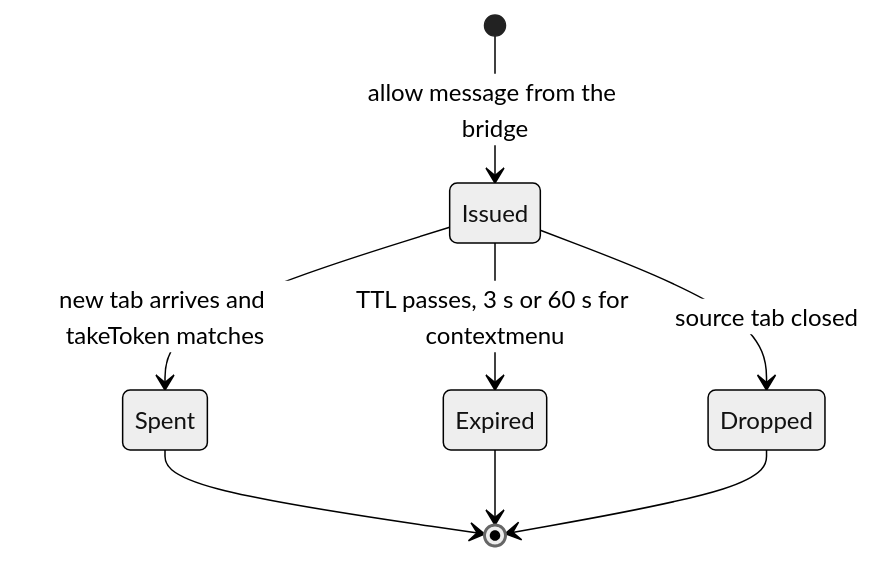
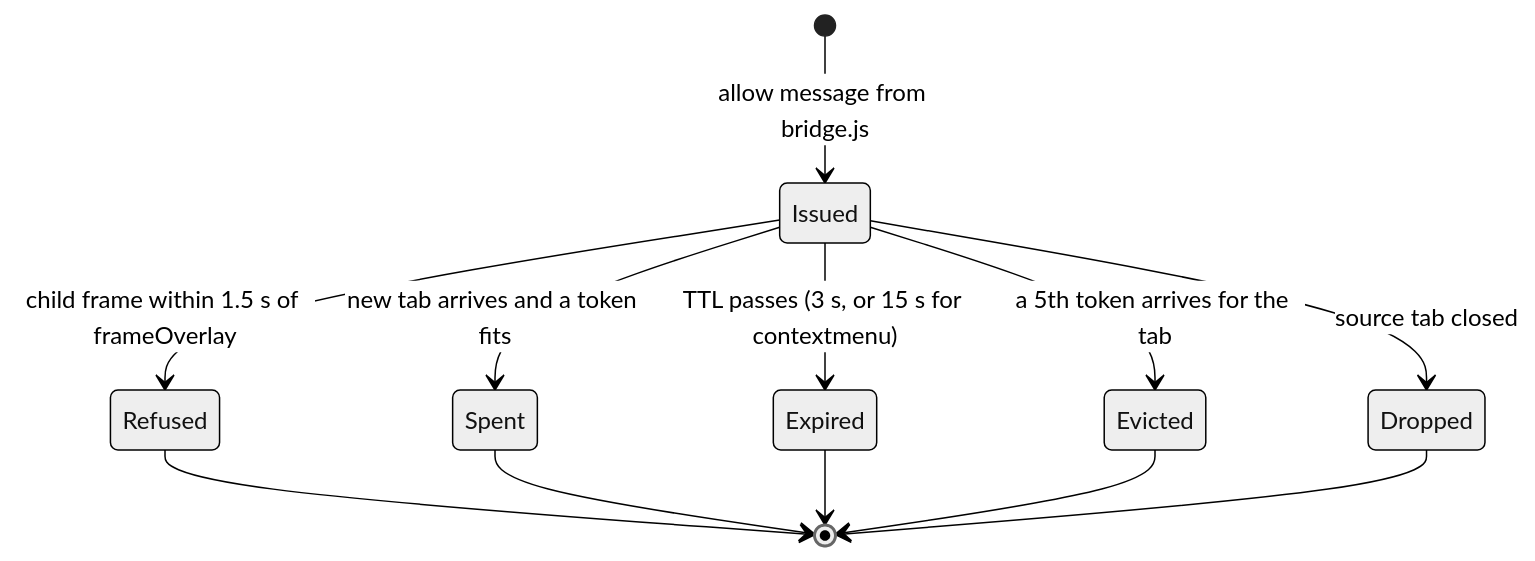
The fourth of 4 diagrams in docs/ARCHITECTURE.md (madironman/popshield), drawn with Mermaid (neutral theme) before and after one commit. The commit also changed other lines of this file and 13 other files, not shown here.

````diff
--- a/docs/ARCHITECTURE.md
+++ b/docs/ARCHITECTURE.md
@@ -171,10 +326,14 @@
 ```mermaid
 stateDiagram-v2
-    [*] --> Issued: allow message from the bridge
-    Issued --> Spent: new tab arrives and takeToken matches
-    Issued --> Expired: TTL passes, 3 s or 60 s for contextmenu
+    [*] --> Issued: allow message from bridge.js
+    Issued --> Refused: child frame within 1.5 s of frameOverlay
+    Issued --> Spent: new tab arrives and a token fits
+    Issued --> Expired: TTL passes (3 s, or 15 s for contextmenu)
+    Issued --> Evicted: a 5th token arrives for the tab
     Issued --> Dropped: source tab closed
+    Refused --> [*]
     Spent --> [*]
     Expired --> [*]
+    Evicted --> [*]
     Dropped --> [*]
 ```
````
